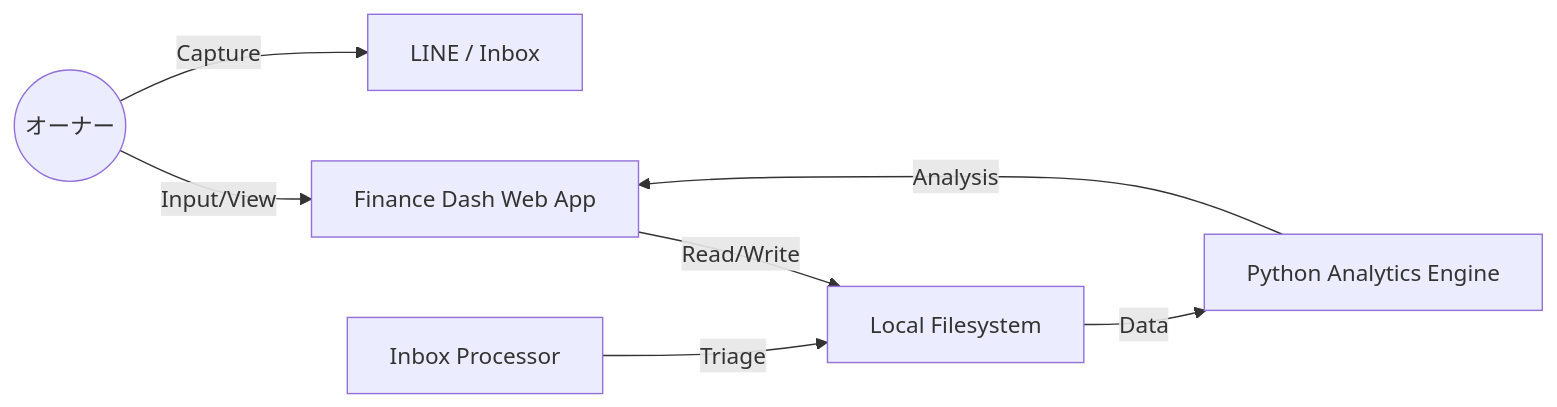
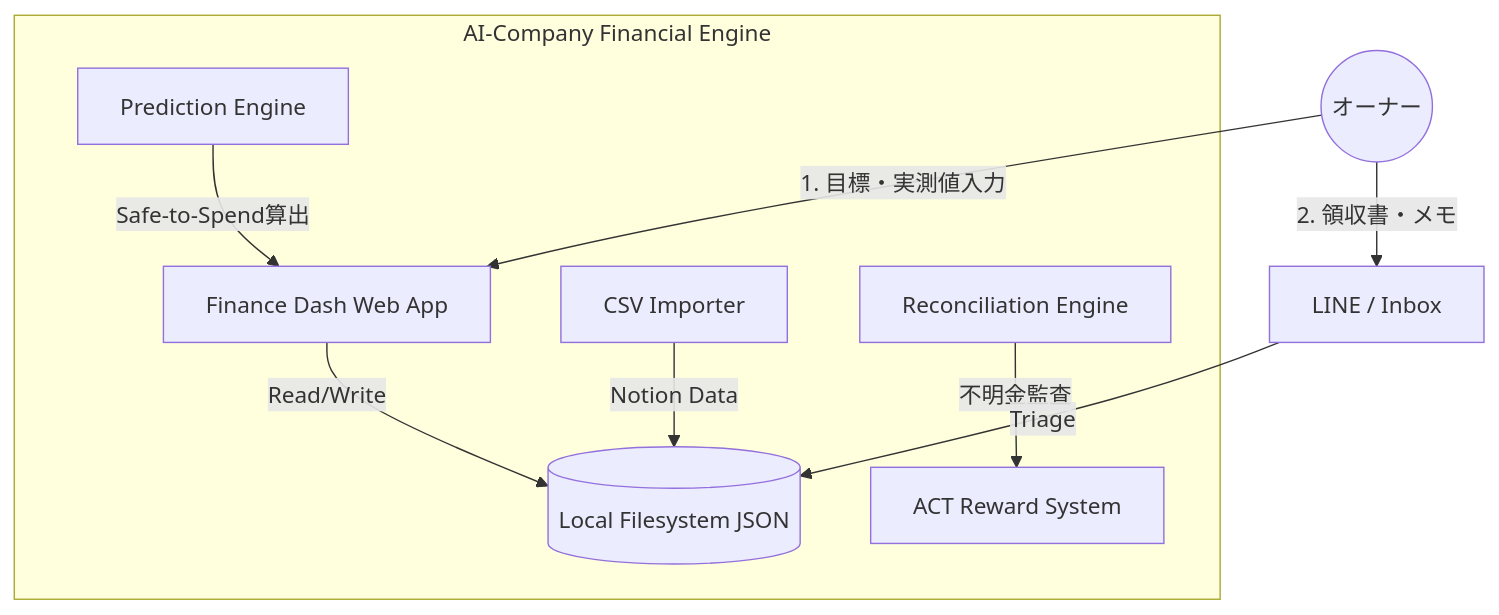
The diagram in company/finance/specs/basic_design.md (iamsaito0129-web/AI-Company), drawn with Mermaid before and after one commit. The commit also changed other lines of this file and 207 other files, not shown here.

First line of the commit message:
feat(finance): initialize Asset Management System Phase 2 & Industrial Tech-Noir UI

````diff
--- a/company/finance/specs/basic_design.md
+++ b/company/finance/specs/basic_design.md
@@ -5,9 +7,14 @@
 ```mermaid
-graph LR
-    User((オーナー)) -->|Input/View| Dash[Finance Dash Web App]
-    User -->|Capture| LINE[LINE / Inbox]
-    Dash -->|Read/Write| FS[Local Filesystem]
-    InboxScript[Inbox Processor] -->|Triage| FS
-    FS -->|Data| Analytics[Python Analytics Engine]
-    Analytics -->|Analysis| Dash
+graph TD
+    User((オーナー)) -->|1. 目標・実測値入力| Dash[Finance Dash Web App]
+    User -->|2. 領収書・メモ| Inbox[LINE / Inbox]
+    
+    subgraph Engine[AI-Company Financial Engine]
+        Import[CSV Importer] -->|Notion Data| FS
+        Audit[Reconciliation Engine] -->|不明金監査| ACT[ACT Reward System]
+        Predict[Prediction Engine] -->|Safe-to-Spend算出| Dash
+    end
+    
+    Dash -->|Read/Write| FS[(Local Filesystem JSON)]
+    Inbox -->|Triage| FS
 ```
````
